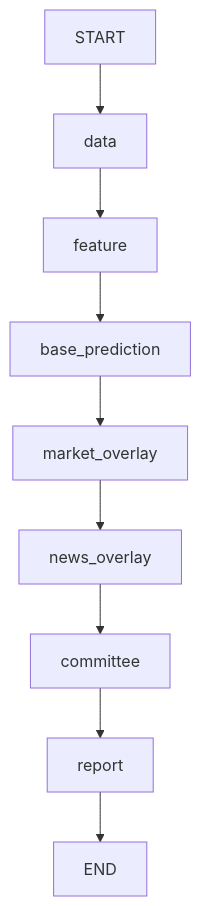
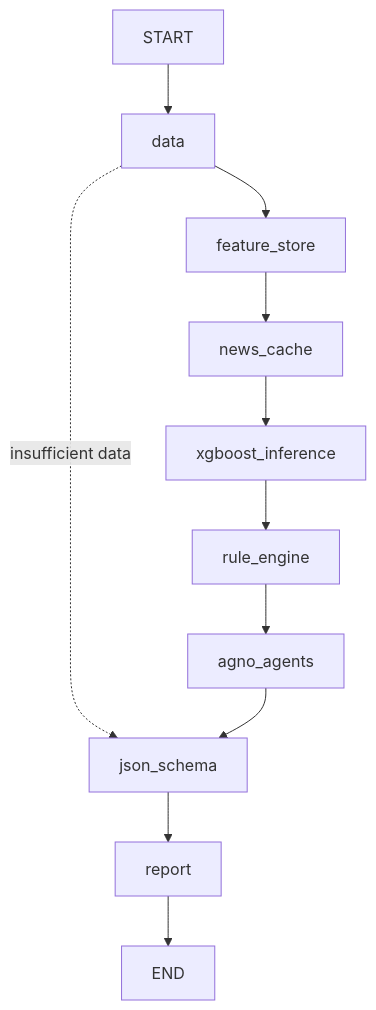
Before and after one commit to LADTO-develop/Corporate-Analysis-System: the diagram in docs/agent_graph.md, drawn with Mermaid. The commit also changed other lines of this file and 17 other files, not shown here.

````diff
--- a/docs/agent_graph.md
+++ b/docs/agent_graph.md
@@ -3,11 +3,13 @@
 ```mermaid
 graph TD
     START --> data
-    data --> feature
-    feature --> base_prediction
-    base_prediction --> market_overlay
-    market_overlay --> news_overlay
-    news_overlay --> committee
-    committee --> report
+    data --> feature_store
+    data -. insufficient data .-> json_schema
+    feature_store --> news_cache
+    news_cache --> xgboost_inference
+    xgboost_inference --> rule_engine
+    rule_engine --> agno_agents
+    agno_agents --> json_schema
+    json_schema --> report
     report --> END
 ```
````
